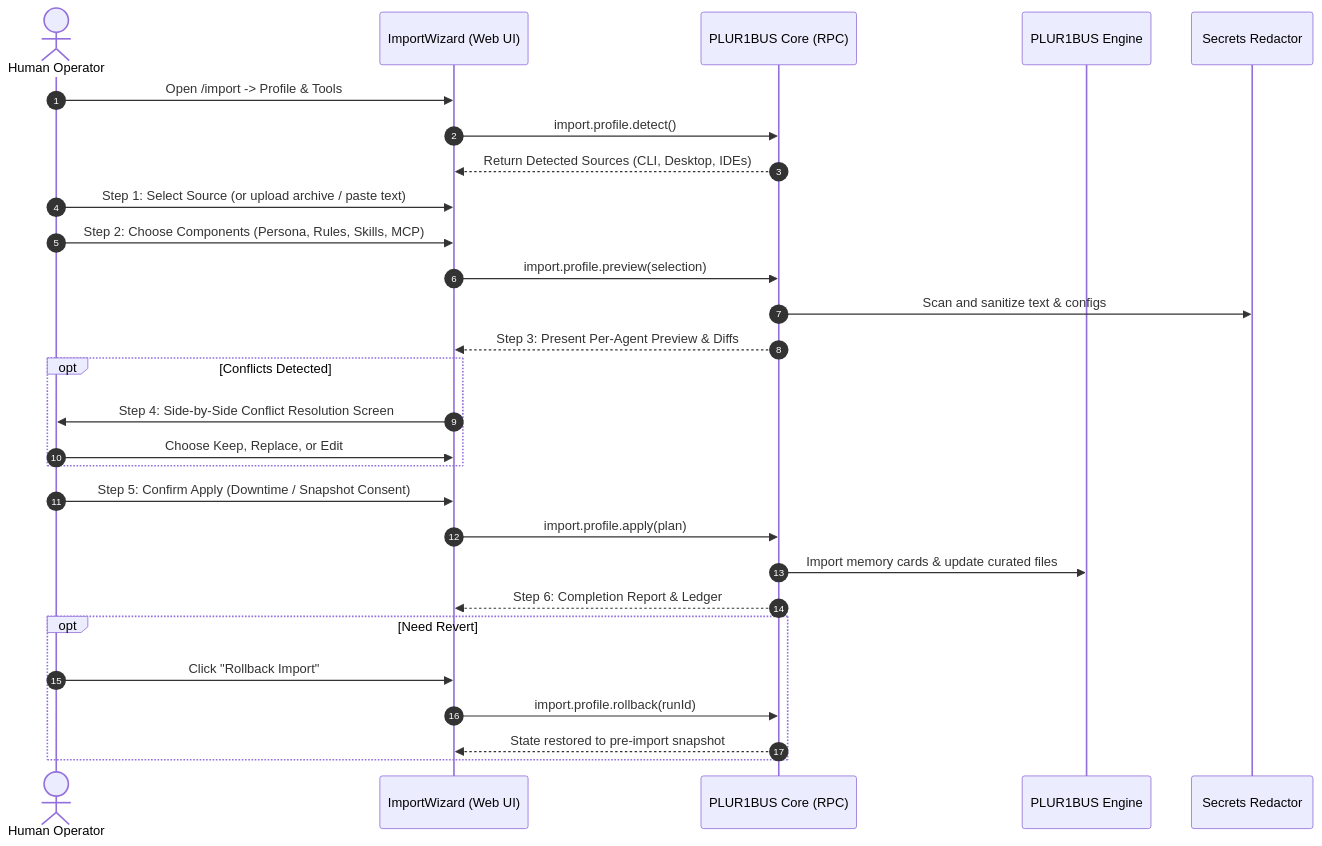
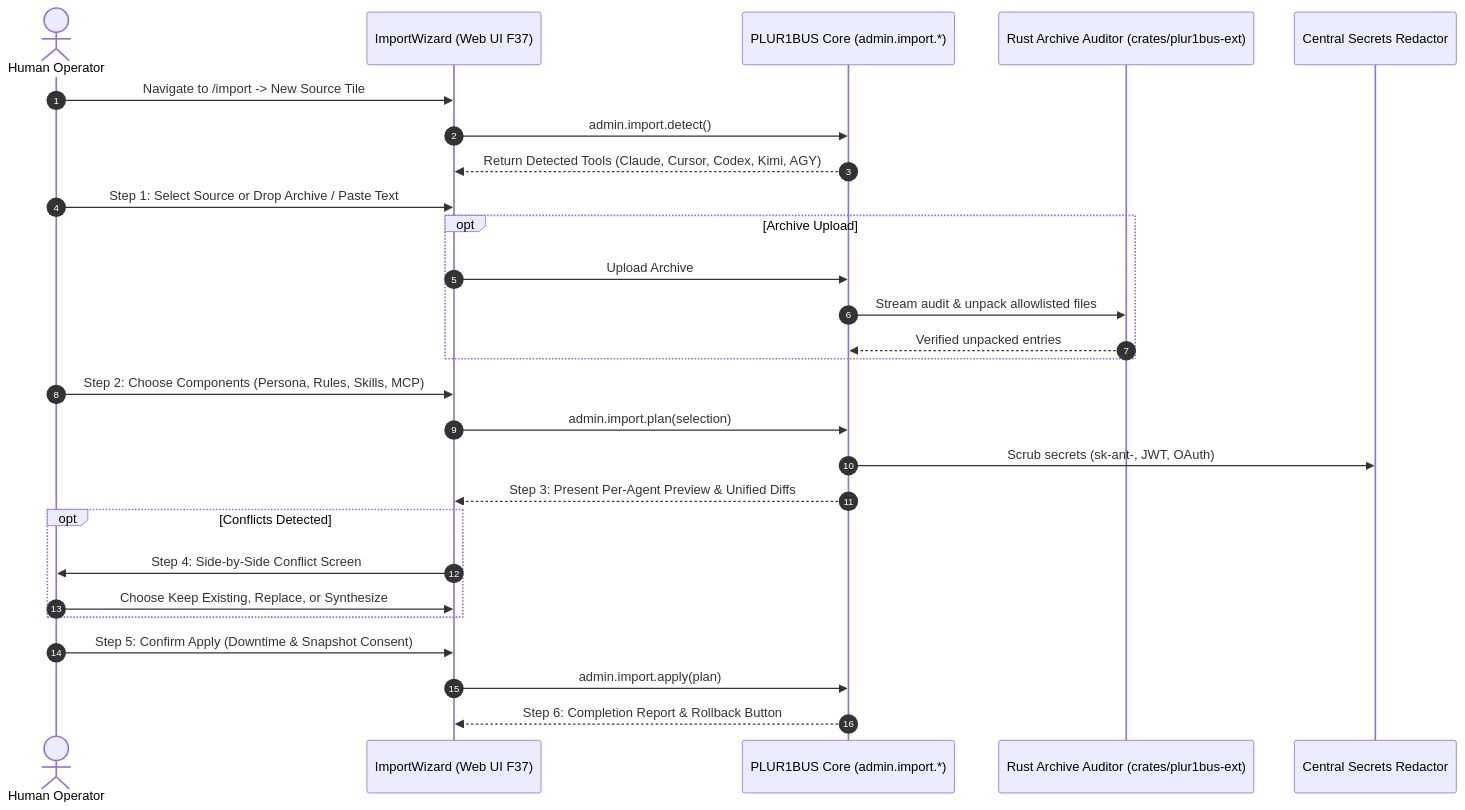
The second of 3 diagrams in docs/superpowers/specs/2026-10-27-profile-import-and-plugin-compat-design.md (Cyb3rb1ade/PLUR1BUS-Harness), drawn with Mermaid before and after one commit. The commit also changed other lines of this file and 6 other files, not shown here.

````diff
--- a/docs/superpowers/specs/2026-10-27-profile-import-and-plugin-compat-design.md
+++ b/docs/superpowers/specs/2026-10-27-profile-import-and-plugin-compat-design.md
@@ -123,31 +140,30 @@
 ```mermaid
 sequenceDiagram
     autonumber
     actor User as Human Operator
-    participant UI as ImportWizard (Web UI)
-    participant Core as PLUR1BUS Core (RPC)
-    participant Engine as PLUR1BUS Engine
-    participant Redact as Secrets Redactor
+    participant UI as ImportWizard (Web UI F37)
+    participant Core as PLUR1BUS Core (admin.import.*)
+    participant Ext as Rust Archive Auditor (crates/plur1bus-ext)
+    participant Redact as Central Secrets Redactor
 
-    User->>UI: Open /import -> Profile & Tools
-    UI->>Core: import.profile.detect()
-    Core-->>UI: Return Detected Sources (CLI, Desktop, IDEs)
-    User->>UI: Step 1: Select Source (or upload archive / paste text)
+    User->>UI: Navigate to /import -> New Source Tile
+    UI->>Core: admin.import.detect()
+    Core-->>UI: Return Detected Tools (Claude, Cursor, Codex, Kimi, AGY)
+    User->>UI: Step 1: Select Source or Drop Archive / Paste Text
+    opt Archive Upload
+        UI->>Core: Upload Archive
+        Core->>Ext: Stream audit & unpack allowlisted files
+        Ext-->>Core: Verified unpacked entries
+    end
     User->>UI: Step 2: Choose Components (Persona, Rules, Skills, MCP)
-    UI->>Core: import.profile.preview(selection)
-    Core->>Redact: Scan and sanitize text & configs
-    Core-->>UI: Step 3: Present Per-Agent Preview & Diffs
+    UI->>Core: admin.import.plan(selection)
+    Core->>Redact: Scrub secrets (sk-ant-, JWT, OAuth)
+    Core-->>UI: Step 3: Present Per-Agent Preview & Unified Diffs
     opt Conflicts Detected
-        UI->>User: Step 4: Side-by-Side Conflict Resolution Screen
-        User->>UI: Choose Keep, Replace, or Edit
+        UI->>User: Step 4: Side-by-Side Conflict Screen
+        User->>UI: Choose Keep Existing, Replace, or Synthesize
     end
-    User->>UI: Step 5: Confirm Apply (Downtime / Snapshot Consent)
-    UI->>Core: import.profile.apply(plan)
-    Core->>Engine: Import memory cards & update curated files
-    Core-->>UI: Step 6: Completion Report & Ledger
-    opt Need Revert
-        User->>UI: Click "Rollback Import"
-        UI->>Core: import.profile.rollback(runId)
-        Core-->>UI: State restored to pre-import snapshot
-    end
+    User->>UI: Step 5: Confirm Apply (Downtime & Snapshot Consent)
+    UI->>Core: admin.import.apply(plan)
+    Core-->>UI: Step 6: Completion Report & Rollback Button
 ```
````
